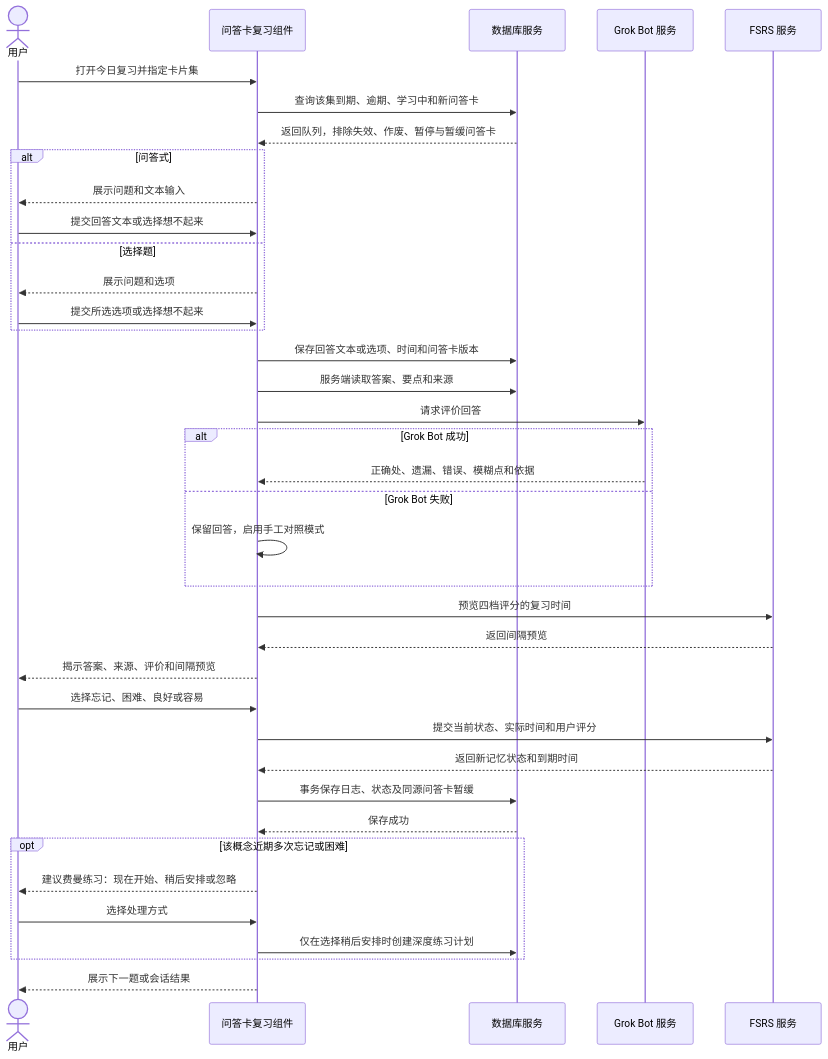
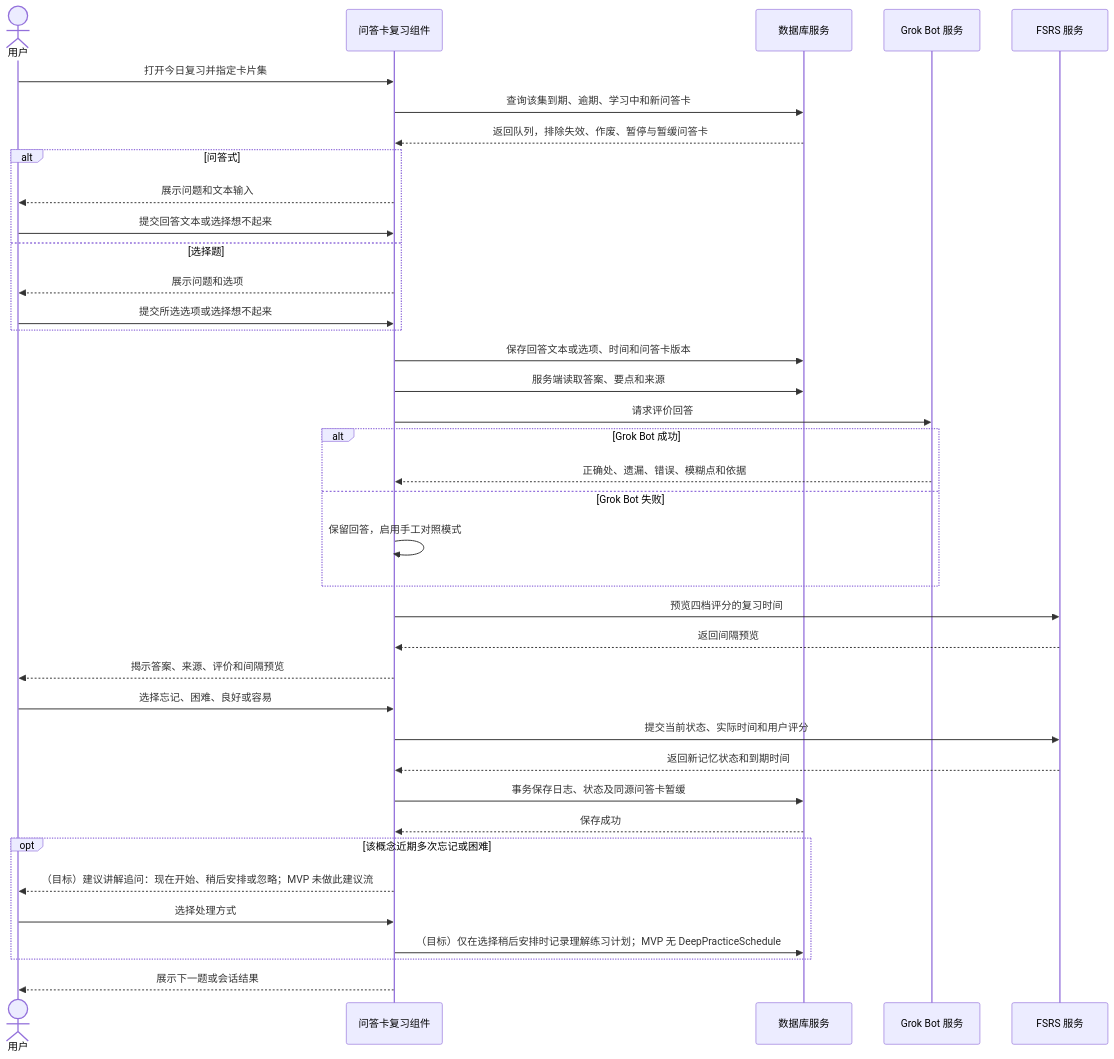
Before and after one commit to TheWS/flash-bot: the second of 6 diagrams in docs/technical/sequences.md, drawn with Mermaid. The commit also changed other lines of this file and 9 other files, not shown here.

````diff
--- a/docs/technical/sequences.md
+++ b/docs/technical/sequences.md
@@ -45,41 +45,41 @@
 ```mermaid
 sequenceDiagram
     actor U as 用户
     participant A as 问答卡复习组件
     participant D as 数据库服务
     participant G as Grok Bot 服务
     participant F as FSRS 服务
 
     U->>A: 打开今日复习并指定卡片集
     A->>D: 查询该集到期、逾期、学习中和新问答卡
     D-->>A: 返回队列，排除失效、作废、暂停与暂缓问答卡
     alt 问答式
         A-->>U: 展示问题和文本输入
         U->>A: 提交回答文本或选择想不起来
     else 选择题
         A-->>U: 展示问题和选项
         U->>A: 提交所选选项或选择想不起来
     end
     A->>D: 保存回答文本或选项、时间和问答卡版本
     A->>D: 服务端读取答案、要点和来源
     A->>G: 请求评价回答
     alt Grok Bot 成功
         G-->>A: 正确处、遗漏、错误、模糊点和依据
     else Grok Bot 失败
         A->>A: 保留回答，启用手工对照模式
     end
     A->>F: 预览四档评分的复习时间
     F-->>A: 返回间隔预览
     A-->>U: 揭示答案、来源、评价和间隔预览
     U->>A: 选择忘记、困难、良好或容易
     A->>F: 提交当前状态、实际时间和用户评分
     F-->>A: 返回新记忆状态和到期时间
     A->>D: 事务保存日志、状态及同源问答卡暂缓
     D-->>A: 保存成功
     opt 该概念近期多次忘记或困难
-        A-->>U: 建议费曼练习：现在开始、稍后安排或忽略
+        A-->>U: （目标）建议讲解追问：现在开始、稍后安排或忽略；MVP 未做此建议流
         U->>A: 选择处理方式
-        A->>D: 仅在选择稍后安排时创建深度练习计划
+        A->>D: （目标）仅在选择稍后安排时记录理解练习计划；MVP 无 DeepPracticeSchedule
     end
     A-->>U: 展示下一题或会话结果
 ```
````
